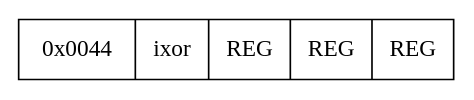
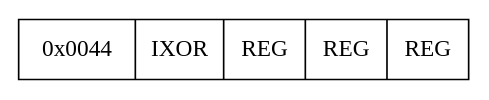
Before and after one commit to adesutherland/CREXX: the diagram in docs/books/crexx_vm_spec/0x0044.gv, drawn with Graphviz. The commit also changed 528 other files, not shown here.

```diff
--- a/docs/books/crexx_vm_spec/0x0044.gv
+++ b/docs/books/crexx_vm_spec/0x0044.gv
@@ -1,4 +1,4 @@
 digraph regs {
 node[shape=record]
-struct1 [label="0x0044|ixor       |   REG|REG|REG         "];
+struct1 [label="0x0044|IXOR       |   REG|REG|REG         "];
 }
```
